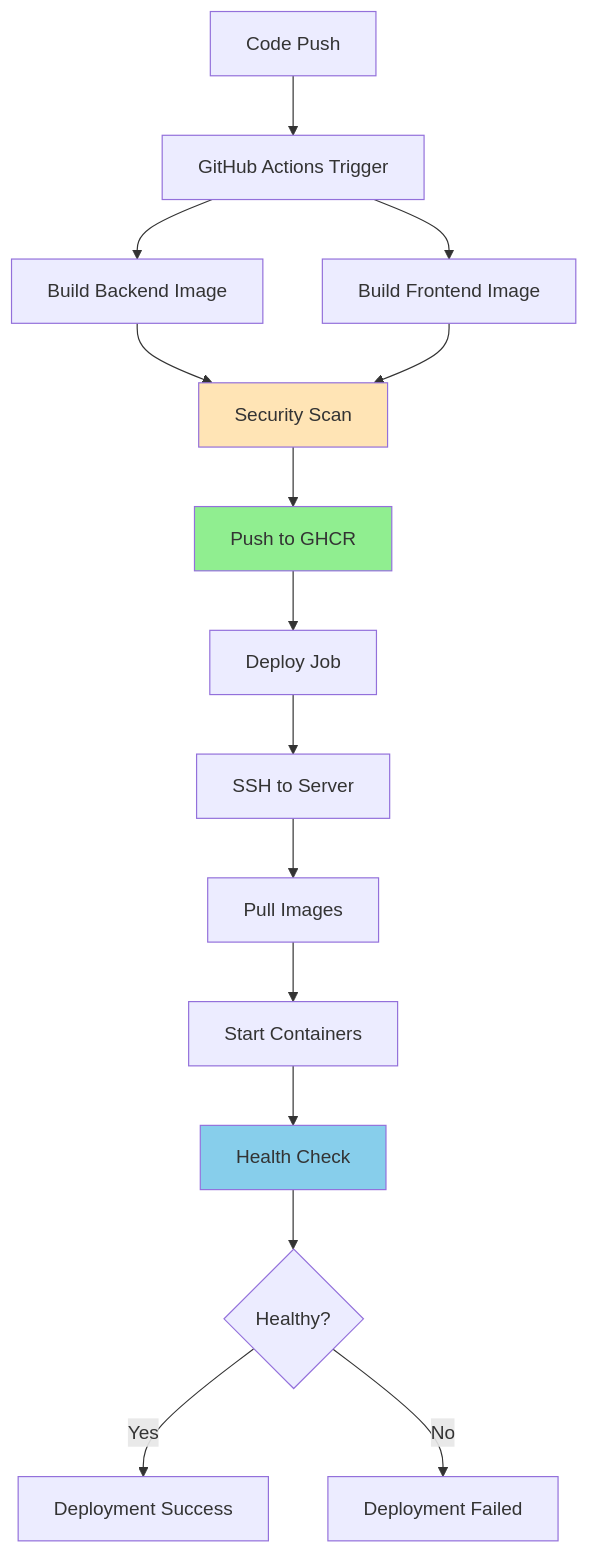
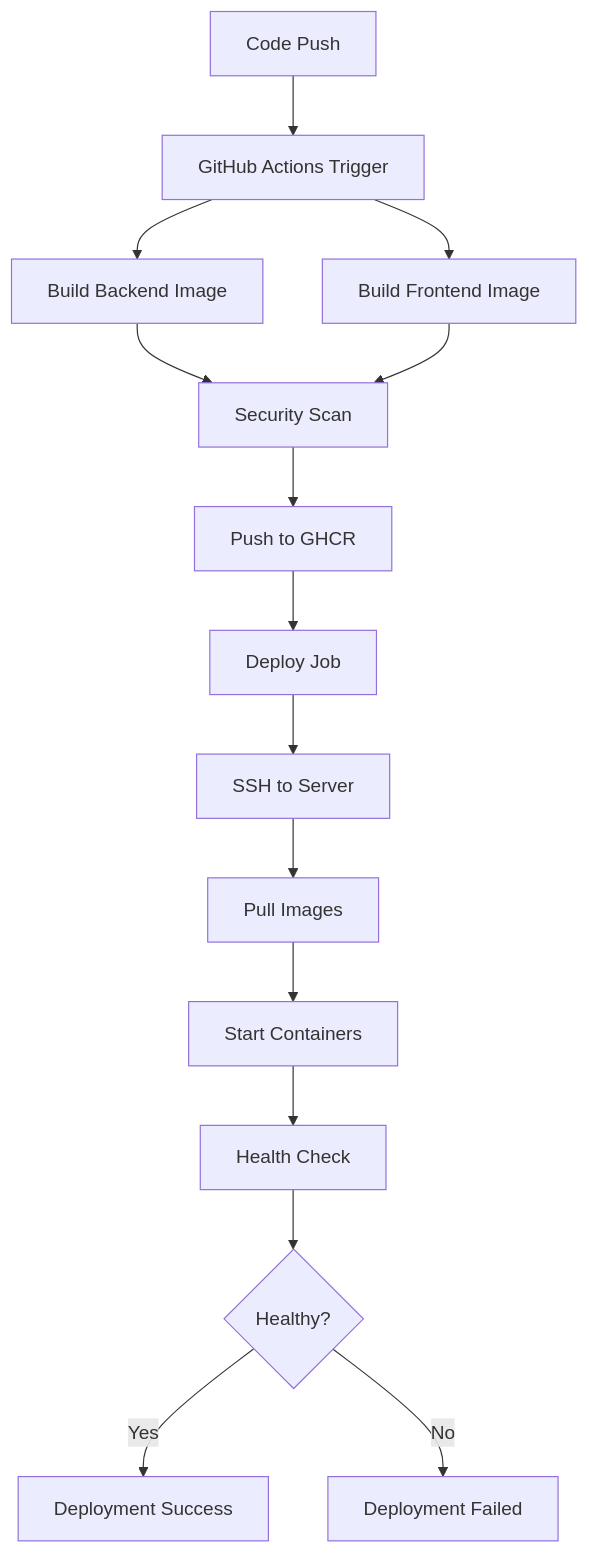
One commit to 4gh0rn/dev-blog changed the fourth of 11 diagrams in docs/projects/conduit-deployment.md. Above: the diagram before and after it, drawn with Mermaid. The commit also changed other lines of this file and 17 other files, not shown here.

````diff
--- a/docs/projects/conduit-deployment.md
+++ b/docs/projects/conduit-deployment.md
@@ -144,21 +136,17 @@
 ```mermaid
 flowchart TD
     A[Code Push] --> B[GitHub Actions Trigger]
     B --> C[Build Backend Image]
     B --> D[Build Frontend Image]
     C --> E[Security Scan]
     D --> E
     E --> F[Push to GHCR]
     F --> G[Deploy Job]
     G --> H[SSH to Server]
     H --> I[Pull Images]
     I --> J[Start Containers]
     J --> K[Health Check]
     K --> L{Healthy?}
     L -->|Yes| M[Deployment Success]
     L -->|No| N[Deployment Failed]
-    
-    style E fill:#FFE4B5
-    style F fill:#90EE90
-    style K fill:#87CEEB
 ```
````
